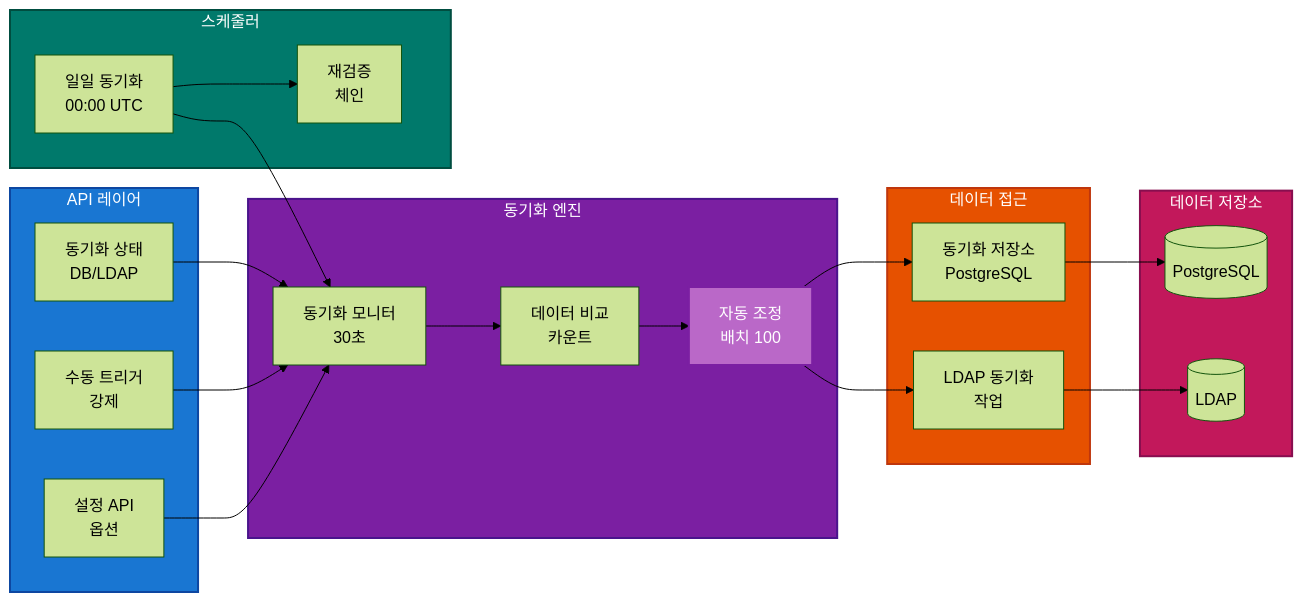
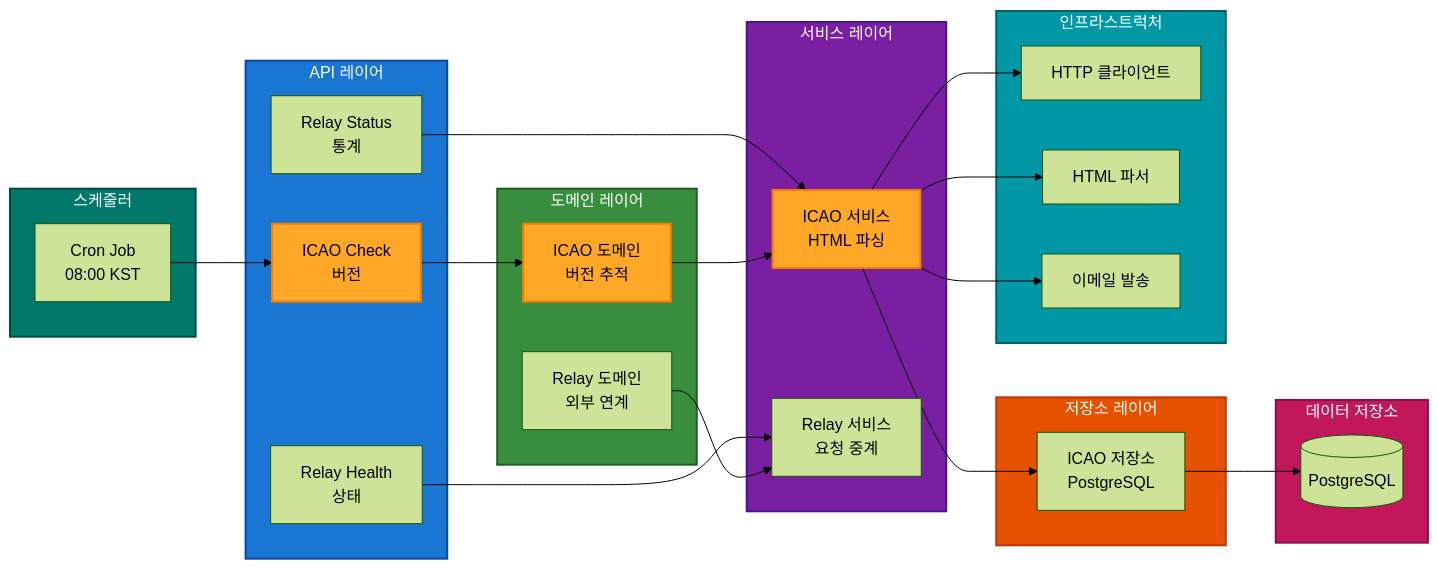
The fourth of 16 diagrams in docs/SOFTWARE_ARCHITECTURE.md (iland112/icao-local-pkd-cpp), drawn with Mermaid (forest theme) before and after one commit. The commit also changed other lines of this file and 1 other file, not shown here.

First line of the commit message:
docs: Update SOFTWARE_ARCHITECTURE.md to v2.0.0 - Reflect PKD Relay Service separation

````diff
--- a/docs/SOFTWARE_ARCHITECTURE.md
+++ b/docs/SOFTWARE_ARCHITECTURE.md
@@ -286,53 +368,64 @@
 ```mermaid
 flowchart LR
     subgraph API["API 레이어"]
-        Status["동기화 상태<br/>DB/LDAP"]
-        Trigger["수동 트리거<br/>강제"]
-        Config["설정 API<br/>옵션"]
+        RelayHealth["Relay Health<br/>상태"]
+        RelayStatus["Relay Status<br/>통계"]
+        IcaoCheck["ICAO Check<br/>버전"]
     end
 
-    subgraph Engine["동기화 엔진"]
-        Monitor["동기화 모니터<br/>30초"]
-        Comparator["데이터 비교<br/>카운트"]
-        Reconciler["자동 조정<br/>배치 100"]
+    subgraph Domain["도메인 레이어"]
+        IcaoDomain["ICAO 도메인<br/>버전 추적"]
+        RelayDomain["Relay 도메인<br/>외부 연계"]
     end
 
-    subgraph DataAccess["데이터 접근"]
-        SyncRepo["동기화 저장소<br/>PostgreSQL"]
-        LDAPSync["LDAP 동기화<br/>작업"]
+    subgraph Service["서비스 레이어"]
+        IcaoService["ICAO 서비스<br/>HTML 파싱"]
+        RelayService["Relay 서비스<br/>요청 중계"]
+    end
+
+    subgraph Repo["저장소 레이어"]
+        IcaoRepo["ICAO 저장소<br/>PostgreSQL"]
+    end
+
+    subgraph Infra["인프라스트럭처"]
+        HTTP["HTTP 클라이언트"]
+        HTML["HTML 파서"]
+        Email["이메일 발송"]
     end
 
     subgraph Scheduler["스케줄러"]
-        DailySync["일일 동기화<br/>00:00 UTC"]
-        Revalidation["재검증<br/>체인"]
+        CronJob["Cron Job<br/>08:00 KST"]
     end
 
     subgraph DataStore["데이터 저장소"]
         DB[("PostgreSQL")]
-        LDAPS[("LDAP")]
     end
 
-    Status --> Monitor
-    Trigger --> Monitor
-    Config --> Monitor
+    RelayHealth --> RelayService
+    RelayStatus --> IcaoService
+    IcaoCheck --> IcaoDomain
 
-    Monitor --> Comparator
-    Comparator --> Reconciler
+    IcaoDomain --> IcaoService
+    RelayDomain --> RelayService
 
-    Reconciler --> SyncRepo
-    Reconciler --> LDAPSync
+    IcaoService --> HTTP
+    IcaoService --> HTML
+    IcaoService --> Email
+    IcaoService --> IcaoRepo
 
-    DailySync --> Monitor
-    DailySync --> Revalidation
+    IcaoRepo --> DB
 
-    SyncRepo --> DB
-    LDAPSync --> LDAPS
+    CronJob --> IcaoCheck
 
     style API fill:#1976D2,stroke:#0D47A1,stroke-width:2px,color:#fff
-    style Engine fill:#7B1FA2,stroke:#4A148C,stroke-width:2px,color:#fff
-    style DataAccess fill:#E65100,stroke:#BF360C,stroke-width:2px,color:#fff
+    style Domain fill:#388E3C,stroke:#1B5E20,stroke-width:2px,color:#fff
+    style Service fill:#7B1FA2,stroke:#4A148C,stroke-width:2px,color:#fff
+    style Repo fill:#E65100,stroke:#BF360C,stroke-width:2px,color:#fff
+    style Infra fill:#0097A7,stroke:#006064,stroke-width:2px,color:#fff
     style Scheduler fill:#00796B,stroke:#004D40,stroke-width:2px,color:#fff
     style DataStore fill:#C2185B,stroke:#880E4F,stroke-width:2px,color:#fff
 
-    style Reconciler fill:#BA68C8,stroke:#7B1FA2,stroke-width:2px,color:#fff
+    style IcaoCheck fill:#FFA726,stroke:#F57C00,stroke-width:2px,color:#000
+    style IcaoDomain fill:#FFA726,stroke:#F57C00,stroke-width:2px,color:#000
+    style IcaoService fill:#FFA726,stroke:#F57C00,stroke-width:2px,color:#000
 ```
````
